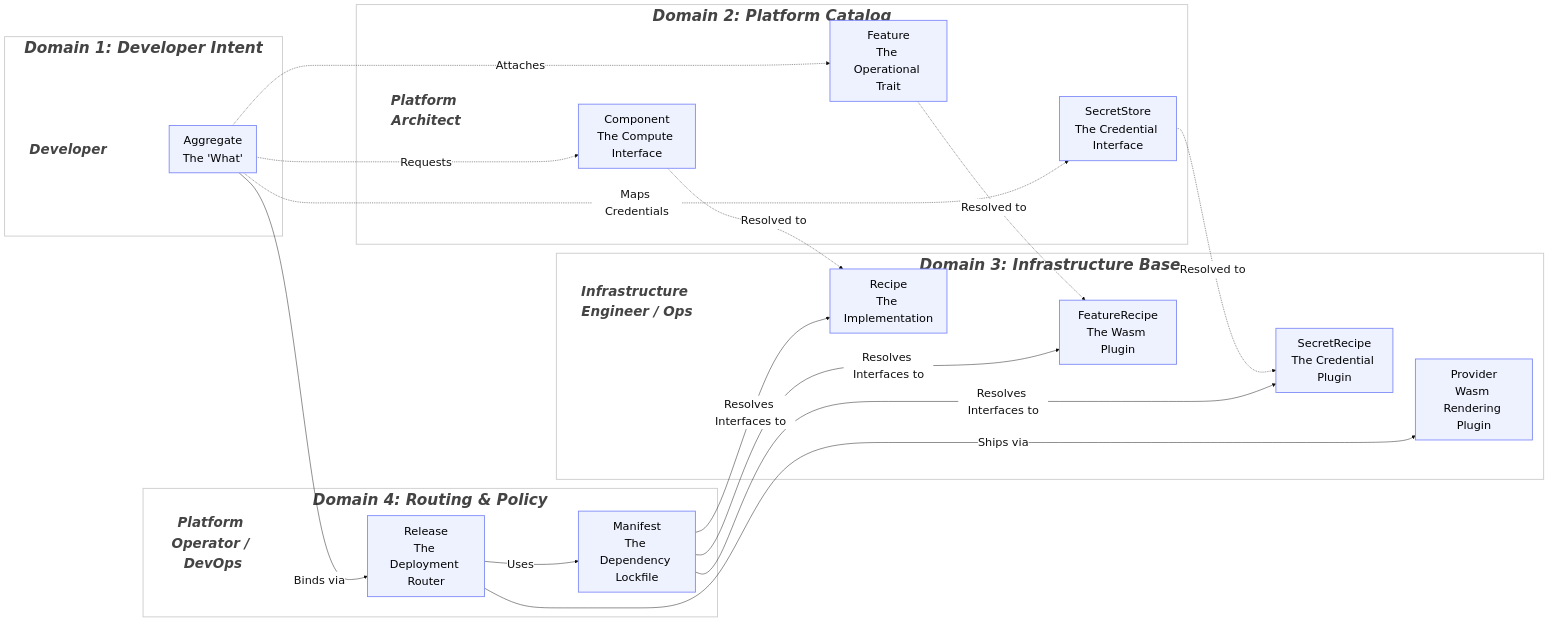
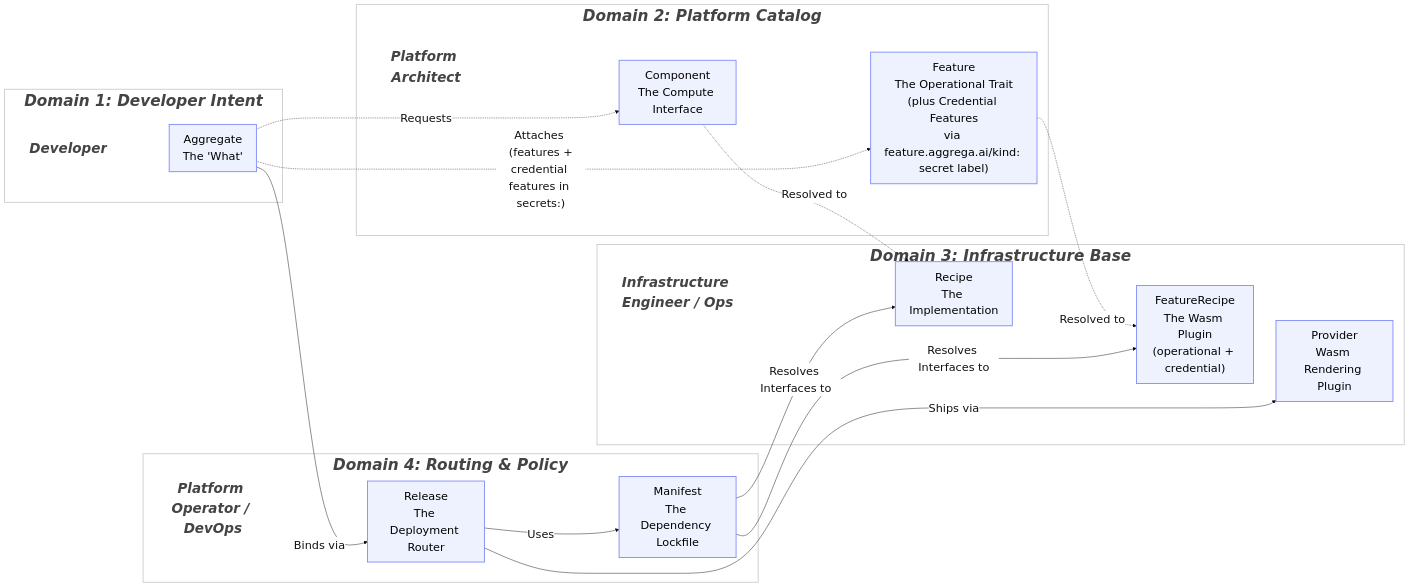
Before and after one commit to aggrega-ai/aggrega-docs: the diagram in architecture/04-eight-entity-taxonomy.md, drawn with Mermaid. The commit also changed 3 other files, not shown here.

```diff
--- a/architecture/04-eight-entity-taxonomy.md
+++ b/architecture/04-eight-entity-taxonomy.md
@@ -5,76 +5,69 @@
 ~~~mermaid
 %%{
   init: {
     'theme': 'base',
     'themeVariables': {
       'fontSize': '25px',
       'fontFamily': 'sans-serif',
       'primaryTextColor': '#111',
       'edgeLabelBackground': '#ffffff',
       'clusterBkg': '#fafafa',
       'clusterBorder': '#cccccc'
     }
   }
 }%%
 graph LR
     classDef domain fill:transparent,stroke:#cccccc,stroke-width:2px,font-weight:bold,font-style:italic,font-size:34px,color:#444;
     classDef role fill:transparent,stroke:none,font-weight:bold,font-style:italic,font-size:30px,color:#444;
     classDef baseNode fill:#eef2ff,stroke:#818cf8,stroke-width:2px,font-size:25px,color:#000;
 
     subgraph D1 ["Domain 1: Developer Intent"]
         P1["Developer"]:::role
         A["Aggregate<br/>The 'What'"]:::baseNode
         P1 ~~~ A
     end
 
     subgraph D2 ["Domain 2: Platform Catalog"]
         P2["Platform Architect"]:::role
         CC["Component<br/>The Compute Interface"]:::baseNode
-        CapC["Feature<br/>The Operational Trait"]:::baseNode
-        SS["SecretStore<br/>The Credential Interface"]:::baseNode
+        CapC["Feature<br/>The Operational Trait<br/>(plus Credential Features<br/>via feature.aggrega.ai/kind: secret label)"]:::baseNode
         P2 ~~~ CC
         CC ~~~ CapC
-        CapC ~~~ SS
     end
 
     subgraph D4 ["Domain 4: Routing & Policy"]
         P4["Platform Operator / DevOps"]:::role
         EB["Release<br/>The Deployment Router"]:::baseNode
         ENV["Manifest<br/>The Dependency Lockfile"]:::baseNode
         P4 ~~~ EB
         EB ~~~ ENV
     end
 
     subgraph D3 ["Domain 3: Infrastructure Base"]
         P3["Infrastructure Engineer / Ops"]:::role
         CD["Recipe<br/>The Implementation"]:::baseNode
-        CapD["FeatureRecipe<br/>The Wasm Plugin"]:::baseNode
-        SR["SecretRecipe<br/>The Credential Plugin"]:::baseNode
+        CapD["FeatureRecipe<br/>The Wasm Plugin<br/>(operational + credential)"]:::baseNode
         T["Provider<br/>Wasm Rendering Plugin"]:::baseNode
         P3 ~~~ CD
         CD ~~~ CapD
-        CapD ~~~ SR
-        SR ~~~ T
+        CapD ~~~ T
     end
 
     %% Logical Flow Connections
     A -.->|"Requests"| CC
-    A -.->|"Attaches"| CapC
-    A -.->|"Maps Credentials"| SS
+    A -.->|"Attaches (features +<br/>credential features in secrets:)"| CapC
     A -->|"Binds via"| EB
 
     CC -.->|"Resolved to"| CD
     CapC -.->|"Resolved to"| CapD
-    SS -.->|"Resolved to"| SR
 
     EB -->|"Uses"| ENV
     
     ENV -->|"Resolves Interfaces to"| CD
     ENV -->|"Resolves Interfaces to"| CapD
-    ENV -->|"Resolves Interfaces to"| SR
     
     EB -->|"Ships via"| T
 
     %% Apply the domain class to the subgraphs
     class D1,D2,D3,D4 domain;
 ~~~
```
